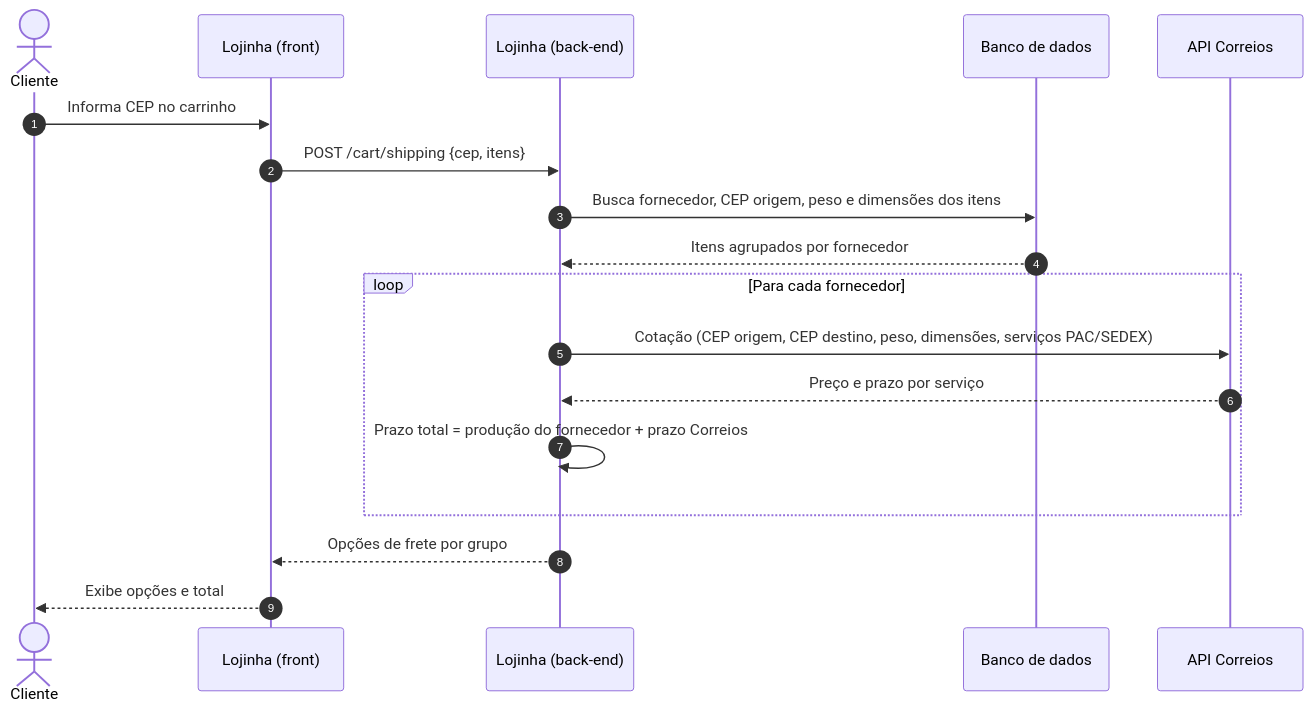
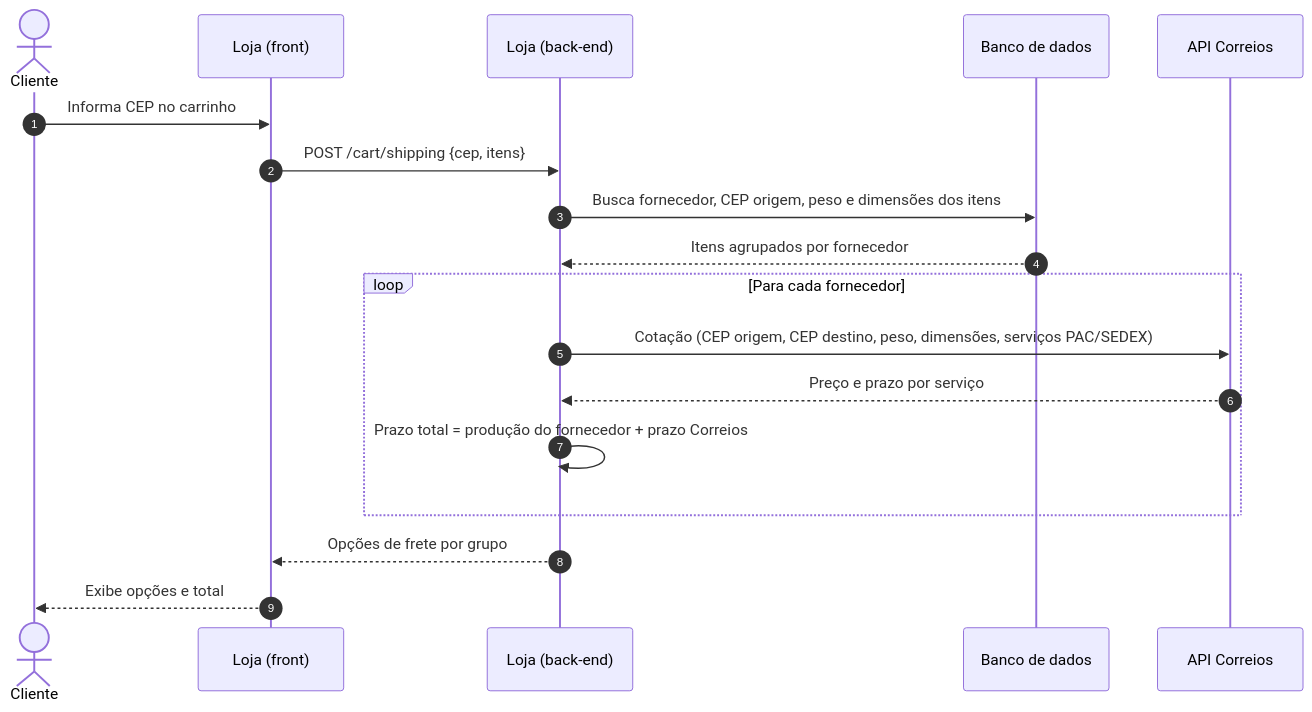
Before and after one commit to BdsOliveira/loja-tech-brasil: diagram 13 of 23 in modelo-de-negocios.md, drawn with Mermaid. The commit also changed other lines of this file, not shown here.

````diff
--- a/modelo-de-negocios.md
+++ b/modelo-de-negocios.md
@@ -344,21 +490,21 @@
 ```mermaid
 sequenceDiagram
     autonumber
     actor Cliente
-    participant Loja as Lojinha (front)
-    participant API as Lojinha (back-end)
+    participant Loja as Loja (front)
+    participant API as Loja (back-end)
     participant DB as Banco de dados
     participant COR as API Correios
 
     Cliente->>Loja: Informa CEP no carrinho
     Loja->>API: POST /cart/shipping {cep, itens}
     API->>DB: Busca fornecedor, CEP origem, peso e dimensões dos itens
     DB-->>API: Itens agrupados por fornecedor
     loop Para cada fornecedor
         API->>COR: Cotação (CEP origem, CEP destino, peso, dimensões, serviços PAC/SEDEX)
         COR-->>API: Preço e prazo por serviço
         API->>API: Prazo total = produção do fornecedor + prazo Correios
     end
     API-->>Loja: Opções de frete por grupo
     Loja-->>Cliente: Exibe opções e total
 ```
````
